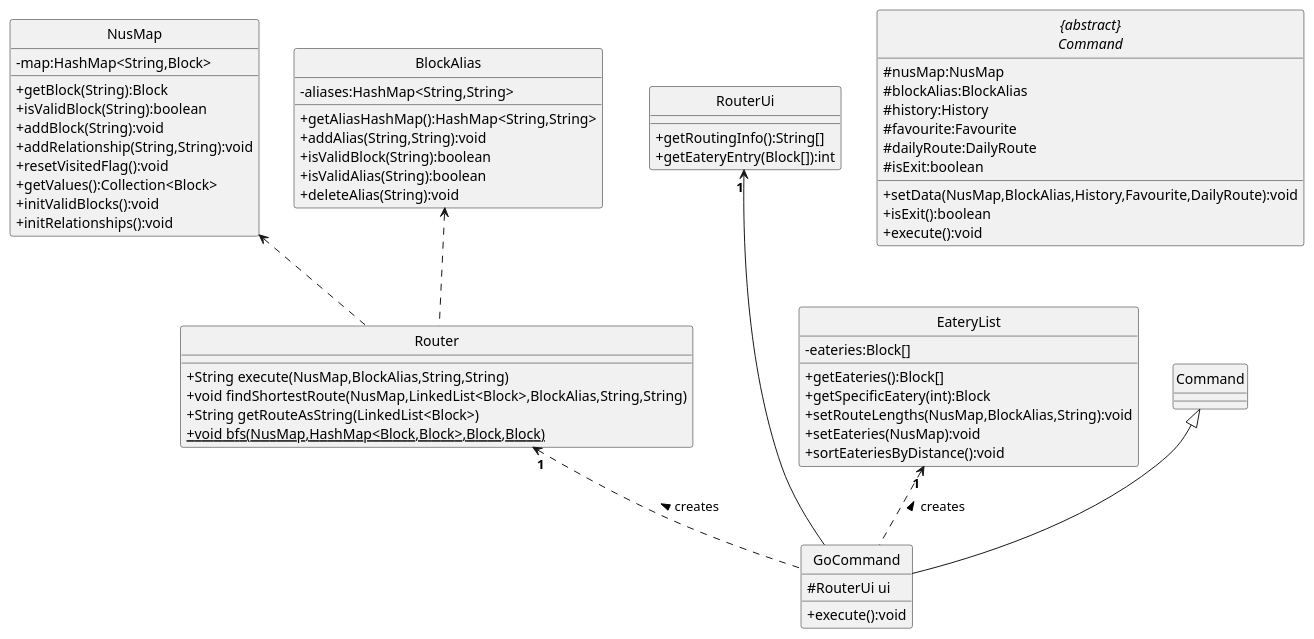
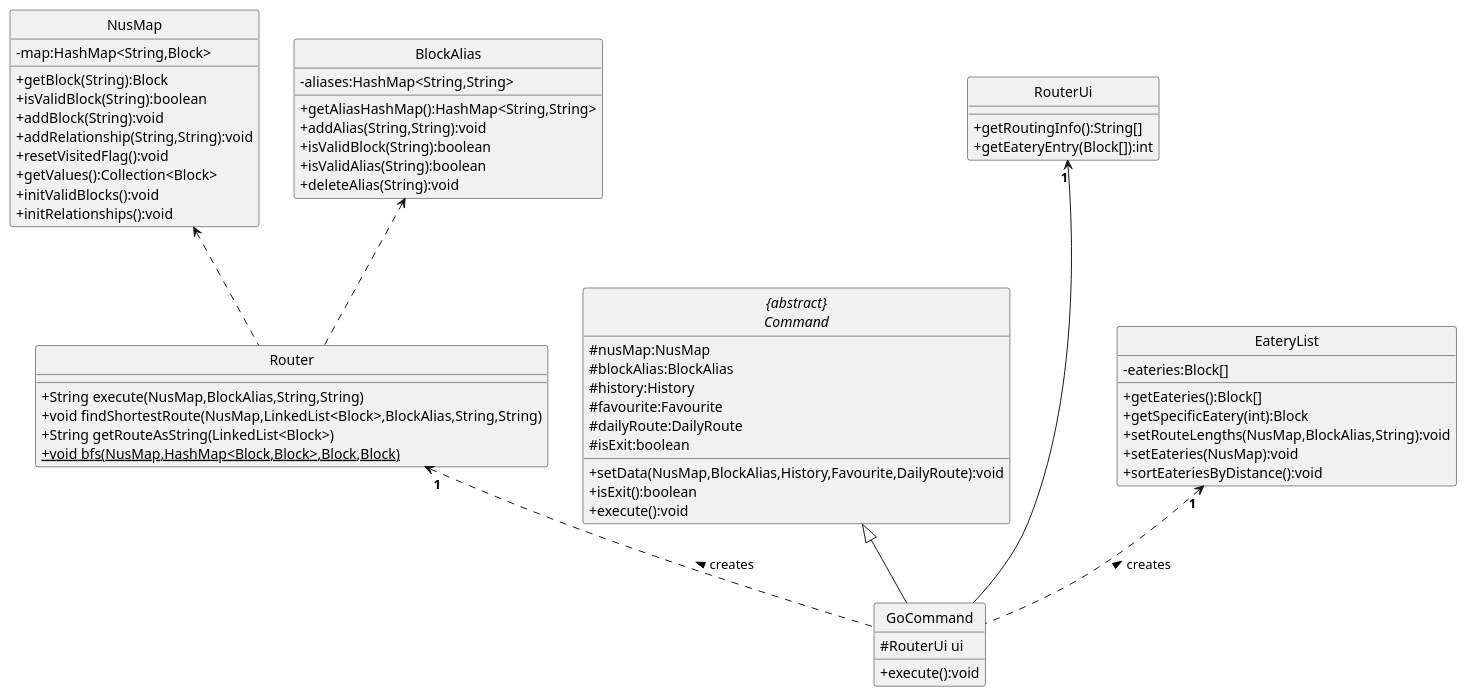
Before and after one commit to nus-cs2113-AY2021S2/tp: the diagram in docs/Router.puml, drawn with PlantUML. The commit also changed 7 other files, not shown here.

Commit message:
removed unused header from sequence diagrams fixed wrong inheritance arrow in router diagram

```diff
--- a/docs/Router.puml
+++ b/docs/Router.puml
@@ -1,76 +1,76 @@
 @startuml
 'https://plantuml.com/class-diagram
 
 hide circle
 skinparam classAttributeIconSize 0
 
 
 class GoCommand {
 # RouterUi ui
 + execute():void
 }
 
 class NusMap {
 - map:HashMap<String,Block>
 + getBlock(String):Block
 + isValidBlock(String):boolean
 + addBlock(String):void
 + addRelationship(String,String):void
 + resetVisitedFlag():void
 + getValues():Collection<Block>
 + initValidBlocks():void
 + initRelationships():void
 }
 
 class BlockAlias {
 - aliases:HashMap<String,String>
 + getAliasHashMap():HashMap<String,String>
 + addAlias(String,String):void
 + isValidBlock(String):boolean
 + isValidAlias(String):boolean
 + deleteAlias(String):void
 }
 
 class Router {
 + String execute(NusMap,BlockAlias,String,String)
 + void findShortestRoute(NusMap,LinkedList<Block>,BlockAlias,String,String)
 + String getRouteAsString(LinkedList<Block>)
 + {static} void bfs(NusMap,HashMap<Block,Block>,Block,Block)
 }
 
 
 abstract class "{abstract}\nCommand" {
 # nusMap:NusMap
 # blockAlias:BlockAlias
 # history:History
 # favourite:Favourite
 # dailyRoute:DailyRoute
 # isExit:boolean
 + setData(NusMap,BlockAlias,History,Favourite,DailyRoute):void
 + isExit():boolean
 + execute():void
 }
 
 class RouterUi {
 + getRoutingInfo():String[]
 + getEateryEntry(Block[]):int
 }
 
 class EateryList {
 - eateries:Block[]
 + getEateries():Block[]
 + getSpecificEatery(int):Block
 + setRouteLengths(NusMap,BlockAlias,String):void
 + setEateries(NusMap):void
 + sortEateriesByDistance():void
 }
 
-Command <|-- GoCommand
+"{abstract}\nCommand" <|-- GoCommand
 Router "**1**" <.. GoCommand : creates <
 EateryList "**1**" <.. GoCommand : creates <
 NusMap <.. Router
 BlockAlias <.. Router
 RouterUi "**1**" <---GoCommand
 
 
 @enduml
```
